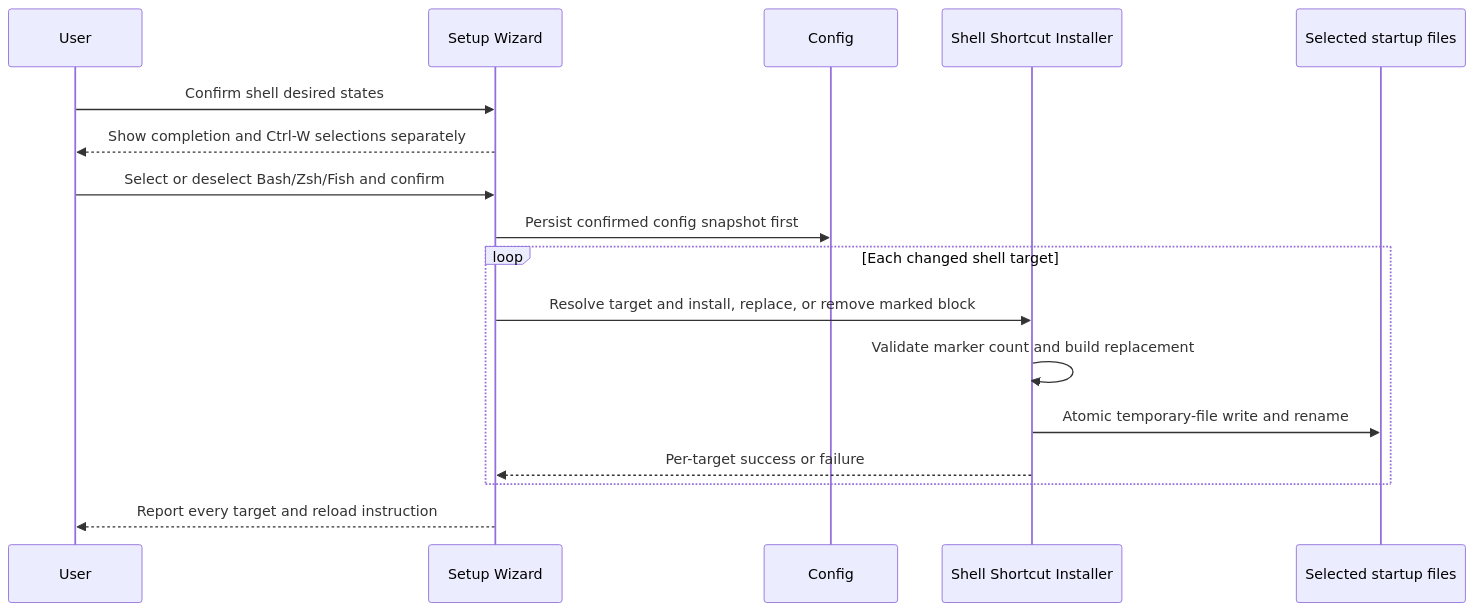
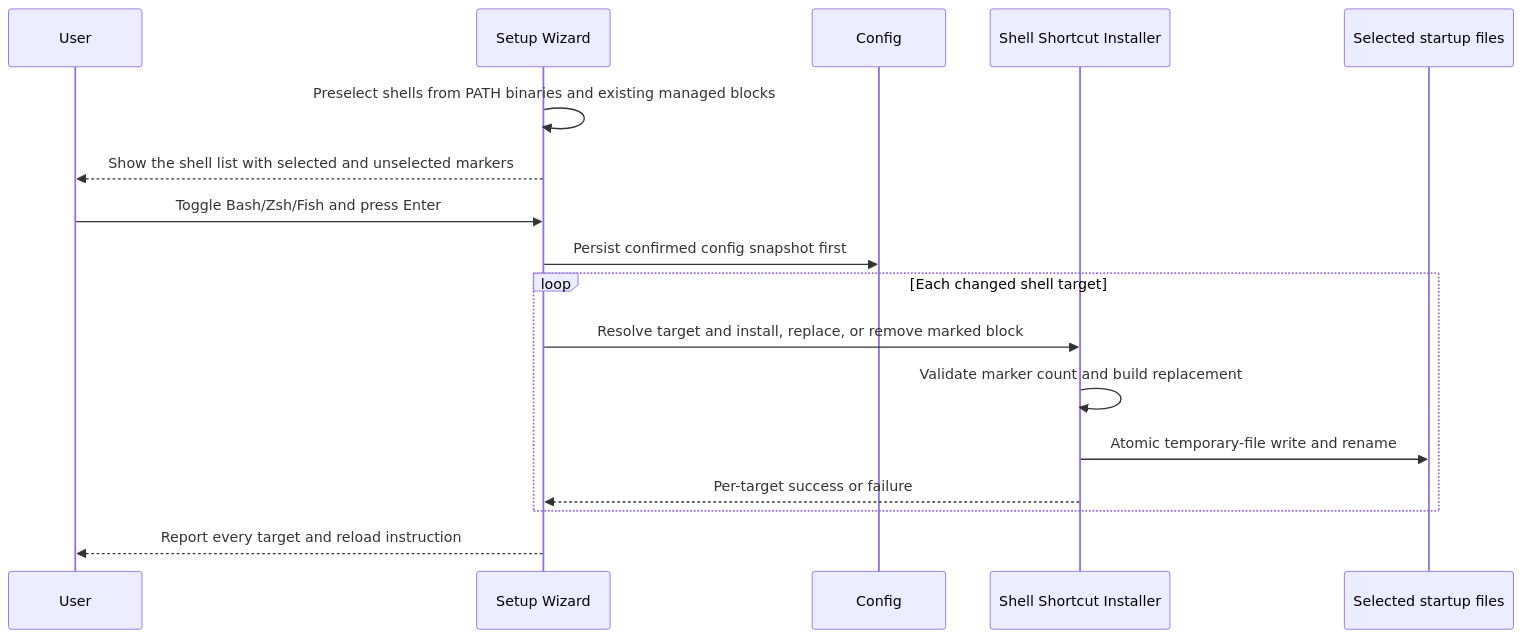
Before and after one commit to buster/watn: the seventh of 26 diagrams in docs/arc42/06-runtime-view.md, drawn with Mermaid. The commit also changed other lines of this file and 20 other files, not shown here.

Commit message:
feat(streamlined-setup): Detected shells are preselected on the shell pages

````diff
--- a/docs/arc42/06-runtime-view.md
+++ b/docs/arc42/06-runtime-view.md
@@ -302,20 +301,20 @@
 ```mermaid
 sequenceDiagram
     participant User
     participant Wizard as Setup Wizard
     participant Config as Config
     participant Installer as Shell Shortcut Installer
     participant Files as Selected startup files
 
-    User->>Wizard: Confirm shell desired states
-    Wizard-->>User: Show completion and Ctrl-W selections separately
-    User->>Wizard: Select or deselect Bash/Zsh/Fish and confirm
+    Wizard->>Wizard: Preselect shells from PATH binaries and existing managed blocks
+    Wizard-->>User: Show the shell list with selected and unselected markers
+    User->>Wizard: Toggle Bash/Zsh/Fish and press Enter
     Wizard->>Config: Persist confirmed config snapshot first
     loop Each changed shell target
         Wizard->>Installer: Resolve target and install, replace, or remove marked block
         Installer->>Installer: Validate marker count and build replacement
         Installer->>Files: Atomic temporary-file write and rename
         Installer-->>Wizard: Per-target success or failure
     end
     Wizard-->>User: Report every target and reload instruction
 ```
````
